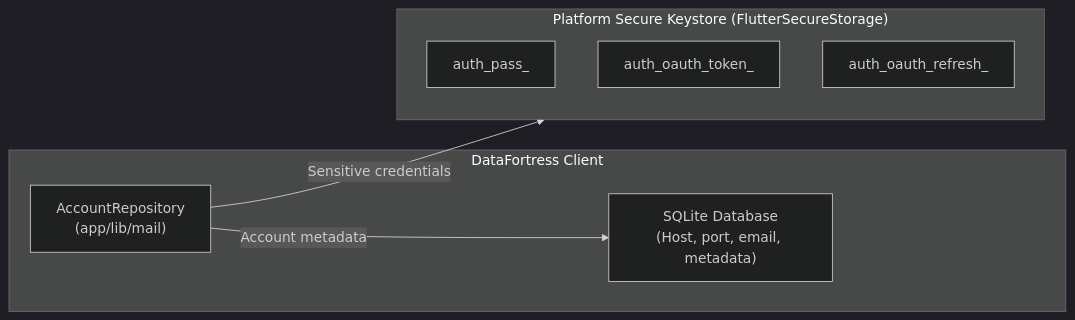
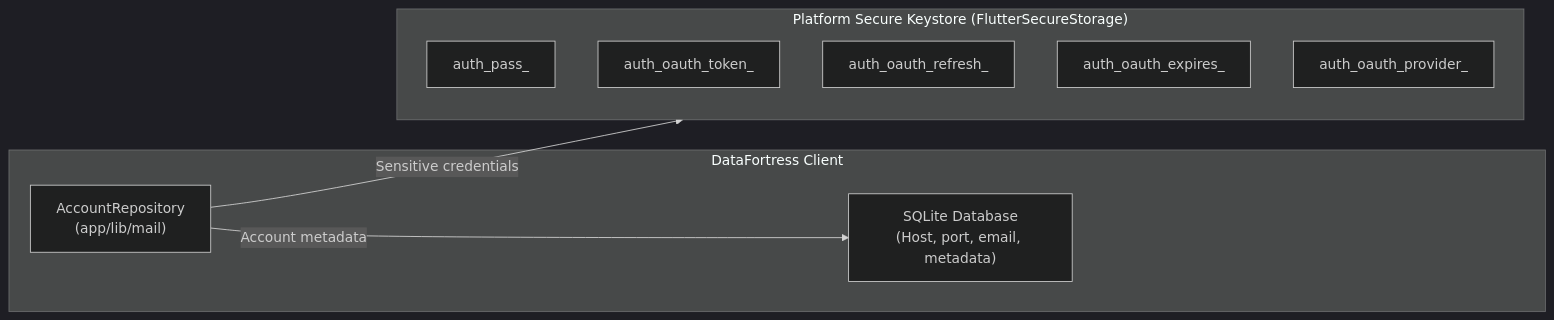
One commit to JustinGuese/flutter-spamfiltering-emailclient changed the diagram in docs/concepts/privacy-model.md. Above: the diagram before and after it, drawn with Mermaid (dark theme). The commit also changed other lines of this file and 14 other files, not shown here.

````diff
--- a/docs/concepts/privacy-model.md
+++ b/docs/concepts/privacy-model.md
@@ -67,16 +67,18 @@
 ```mermaid
 graph LR
     subgraph Client ["DataFortress Client"]
         Repo["AccountRepository<br/>(app/lib/mail)"]
         SQLite["SQLite Database<br/>(Host, port, email, metadata)"]
     end
 
     subgraph SecureKeyring ["Platform Secure Keystore (FlutterSecureStorage)"]
         Pass["auth_pass_<accountId>"]
         OAuth["auth_oauth_token_<accountId>"]
         Refresh["auth_oauth_refresh_<accountId>"]
+        Expires["auth_oauth_expires_<accountId>"]
+        Provider["auth_oauth_provider_<accountId>"]
     end
 
     Repo -->|Account metadata| SQLite
     Repo -->|Sensitive credentials| SecureKeyring
 ```
````
